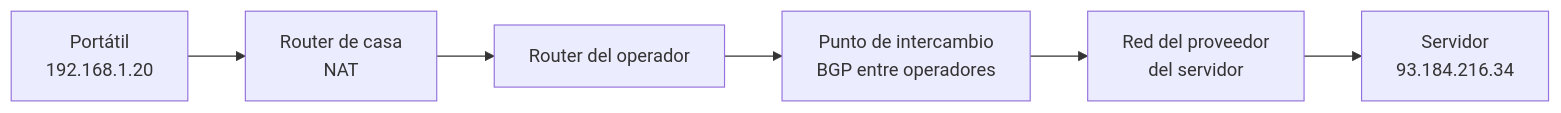
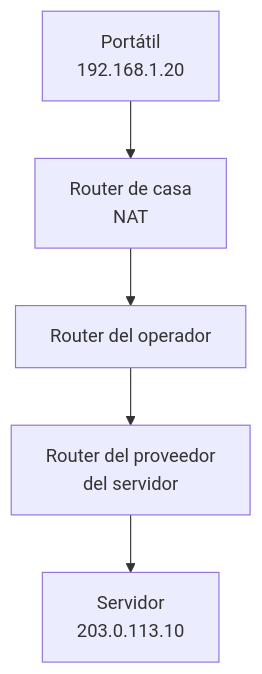
One commit to nbfrodri/devly changed the diagram in src/content/es/articles/como-viaja-un-paquete-por-internet.mdx. Above: the diagram before and after it, drawn with Mermaid. The commit also changed other lines of this file and 142 other files, not shown here.

````diff
--- a/src/content/es/articles/como-viaja-un-paquete-por-internet.mdx
+++ b/src/content/es/articles/como-viaja-un-paquete-por-internet.mdx
@@ -27,8 +31,7 @@
 ```mermaid
-flowchart LR
+flowchart TD
 	P["Portátil<br>192.168.1.20"] --> R["Router de casa<br>NAT"]
 	R --> O1["Router del operador"]
-	O1 --> X["Punto de intercambio<br>BGP entre operadores"]
-	X --> O2["Red del proveedor<br>del servidor"]
-	O2 --> S["Servidor<br>93.184.216.34"]
+	O1 --> O2["Router del proveedor<br>del servidor"]
+	O2 --> S["Servidor<br>203.0.113.10"]
 ```
````
